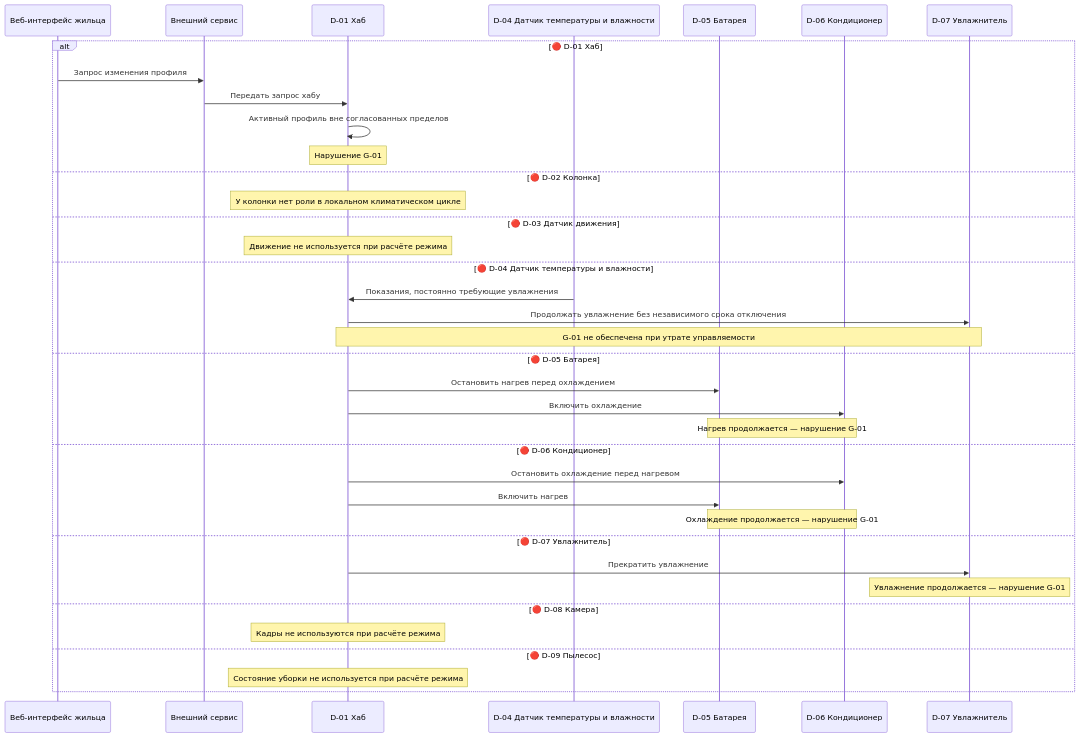
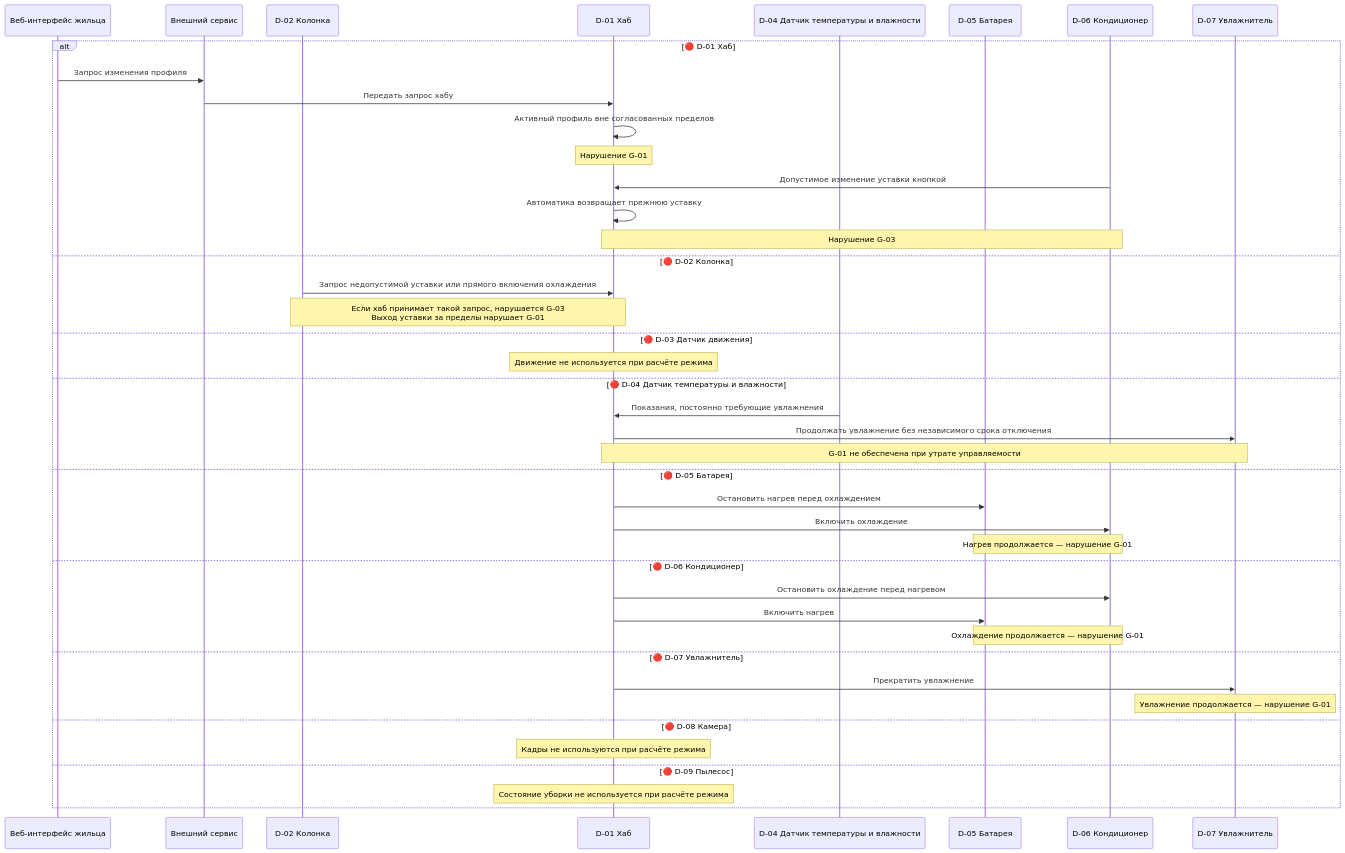
The diagram in contractor_side/negative_scenarios/S01_CLIMATE.md (BPLA-Team/carrot-apples), drawn with Mermaid before and after one commit. The commit also changed 19 other files, not shown here.

Commit message:
docs(architecture): describe physical controls and voice climate settings

````diff
--- a/contractor_side/negative_scenarios/S01_CLIMATE.md
+++ b/contractor_side/negative_scenarios/S01_CLIMATE.md
@@ -3,39 +3,44 @@
 ```mermaid
 sequenceDiagram
     participant W as Веб-интерфейс жильца
     participant S as Внешний сервис
+    participant K as D-02 Колонка
     participant H as D-01 Хаб
     participant D as D-04 Датчик температуры и влажности
     participant B as D-05 Батарея
     participant C as D-06 Кондиционер
     participant U as D-07 Увлажнитель
     alt 🔴 D-01 Хаб
         W->>S: Запрос изменения профиля
         S->>H: Передать запрос хабу
         H->>H: Активный профиль вне согласованных пределов
         Note over H: Нарушение G-01
+        C->>H: Допустимое изменение уставки кнопкой
+        H->>H: Автоматика возвращает прежнюю уставку
+        Note over H,C: Нарушение G-03
     else 🔴 D-02 Колонка
-        Note over H: У колонки нет роли в локальном климатическом цикле
+        K->>H: Запрос недопустимой уставки или прямого включения охлаждения
+        Note over K,H: Если хаб принимает такой запрос, нарушается G-03<br/>Выход уставки за пределы нарушает G-01
     else 🔴 D-03 Датчик движения
         Note over H: Движение не используется при расчёте режима
     else 🔴 D-04 Датчик температуры и влажности
         D->>H: Показания, постоянно требующие увлажнения
         H->>U: Продолжать увлажнение без независимого срока отключения
         Note over H,U: G-01 не обеспечена при утрате управляемости
     else 🔴 D-05 Батарея
         H->>B: Остановить нагрев перед охлаждением
         H->>C: Включить охлаждение
         Note over B,C: Нагрев продолжается — нарушение G-01
     else 🔴 D-06 Кондиционер
         H->>C: Остановить охлаждение перед нагревом
         H->>B: Включить нагрев
         Note over B,C: Охлаждение продолжается — нарушение G-01
     else 🔴 D-07 Увлажнитель
         H->>U: Прекратить увлажнение
         Note over U: Увлажнение продолжается — нарушение G-01
     else 🔴 D-08 Камера
         Note over H: Кадры не используются при расчёте режима
     else 🔴 D-09 Пылесос
         Note over H: Состояние уборки не используется при расчёте режима
     end
 ```
````
